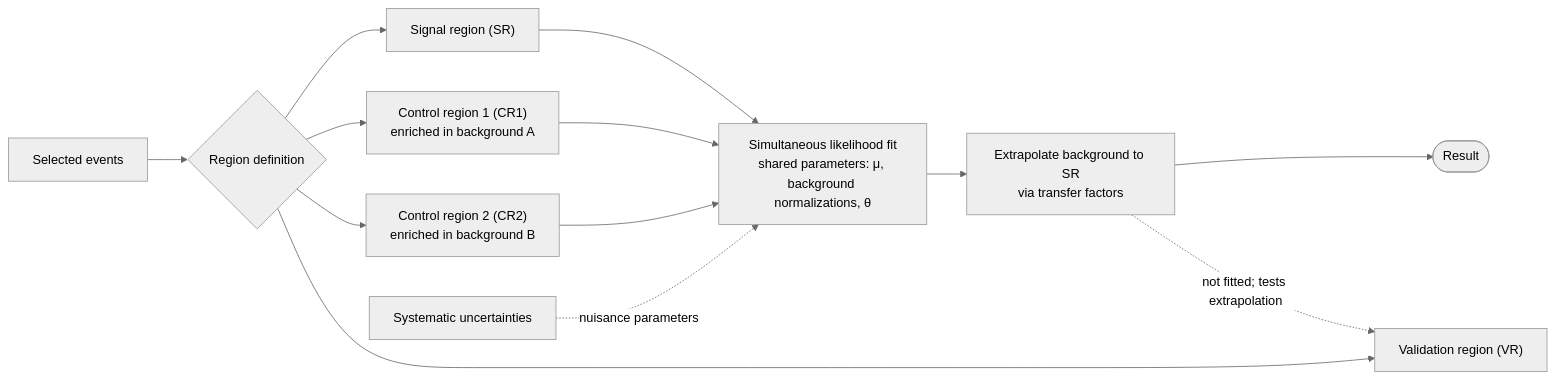
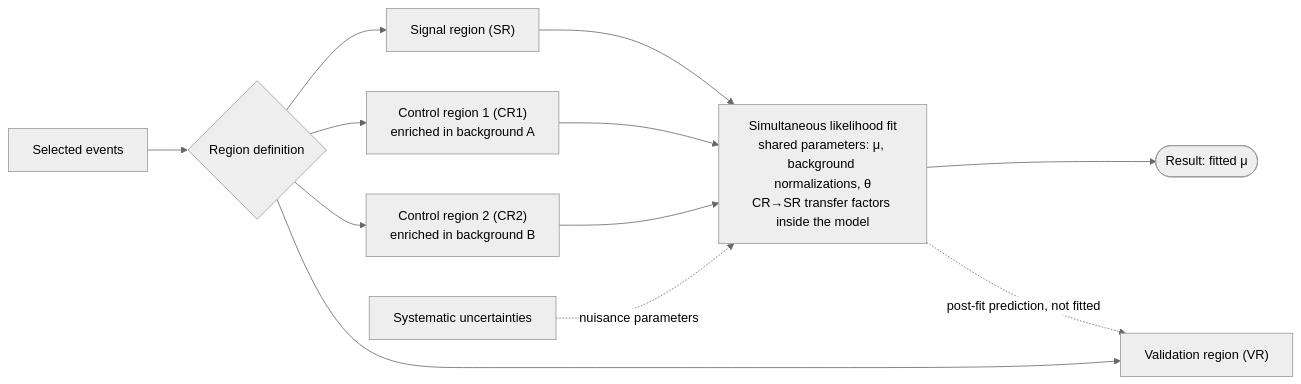
One commit to hchouTW/hep-research changed the diagram in plugins/hep-research/skills/research-communication/examples/hep/06-signal-control-region-workflow.md. Above: the diagram before and after it, drawn with Mermaid (neutral theme). The commit also changed other lines of this file and 4 other files, not shown here.

First line of the commit message:
docs: RC-B8 diagram logic: result from the fit, vertex checks, pileup stage

````diff
--- a/plugins/hep-research/skills/research-communication/examples/hep/06-signal-control-region-workflow.md
+++ b/plugins/hep-research/skills/research-communication/examples/hep/06-signal-control-region-workflow.md
@@ -6,15 +6,14 @@
 ```mermaid
 flowchart LR
     EV[Selected events] --> SPLIT{Region definition}
     SPLIT --> SR["Signal region (SR)"]
     SPLIT --> CR1["Control region 1 (CR1)<br/>enriched in background A"]
     SPLIT --> CR2["Control region 2 (CR2)<br/>enriched in background B"]
     SPLIT --> VR["Validation region (VR)"]
     CR1 --> FIT
     CR2 --> FIT
-    SR --> FIT["Simultaneous likelihood fit<br/>shared parameters: μ, background normalizations, θ"]
+    SR --> FIT["Simultaneous likelihood fit<br/>shared parameters: μ, background normalizations, θ<br/>CR→SR transfer factors inside the model"]
     SYS[Systematic uncertainties] -.->|nuisance parameters| FIT
-    FIT --> EXT[Extrapolate background to SR<br/>via transfer factors]
-    EXT --> RES([Result])
-    EXT -.->|not fitted; tests extrapolation| VR
+    FIT --> RES(["Result: fitted μ"])
+    FIT -.->|post-fit prediction, not fitted| VR
 ```
````
